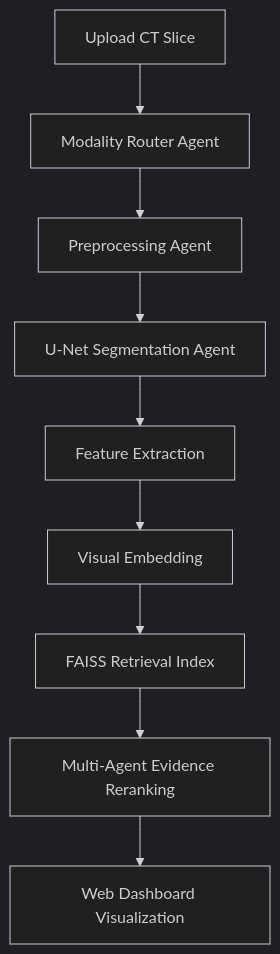
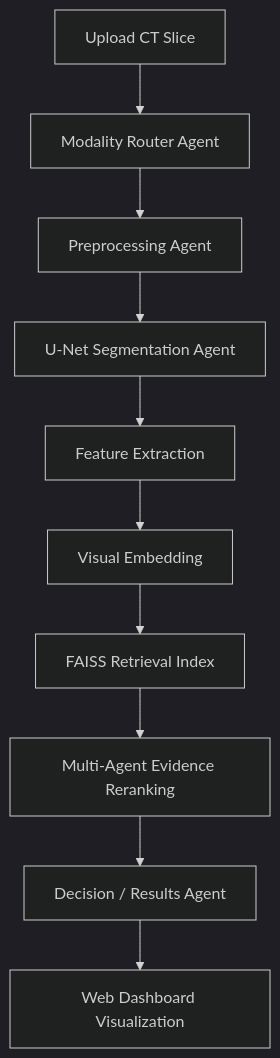
One commit to DineshTechCrafts/final-year-project-1 changed the diagram in README.md. Above: the diagram before and after it, drawn with Mermaid (dark theme). The commit also changed other lines of this file and 1723 other files, not shown here.

````diff
--- a/README.md
+++ b/README.md
@@ -22,11 +23,12 @@
 ```mermaid
 graph TD
     A[Upload CT Slice] --> B[Modality Router Agent]
     B --> C[Preprocessing Agent]
     C --> D[U-Net Segmentation Agent]
     D --> E[Feature Extraction]
     E --> F[Visual Embedding]
     F --> G[FAISS Retrieval Index]
     G --> H[Multi-Agent Evidence Reranking]
-    H --> I[Web Dashboard Visualization]
+    H --> J[Decision / Results Agent]
+    J --> I[Web Dashboard Visualization]
 ```
````
